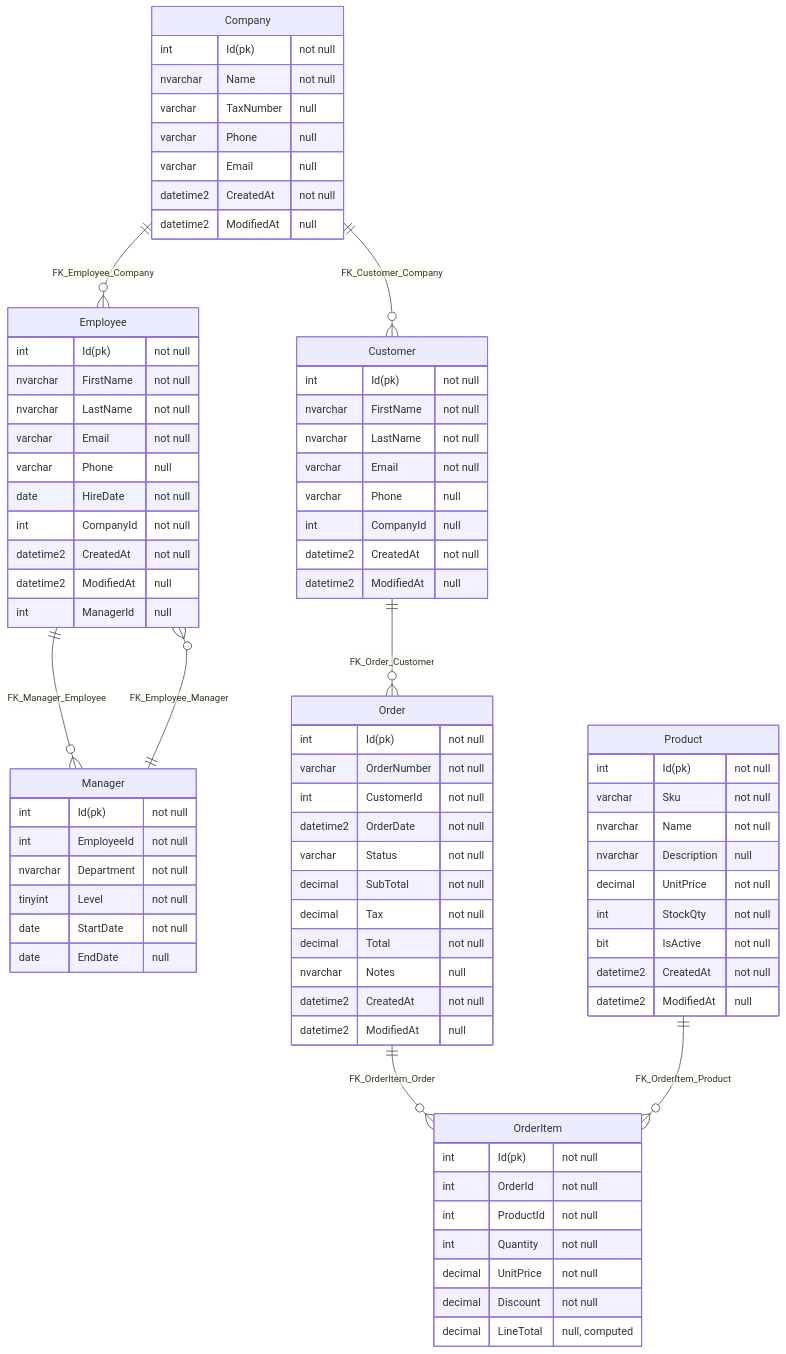
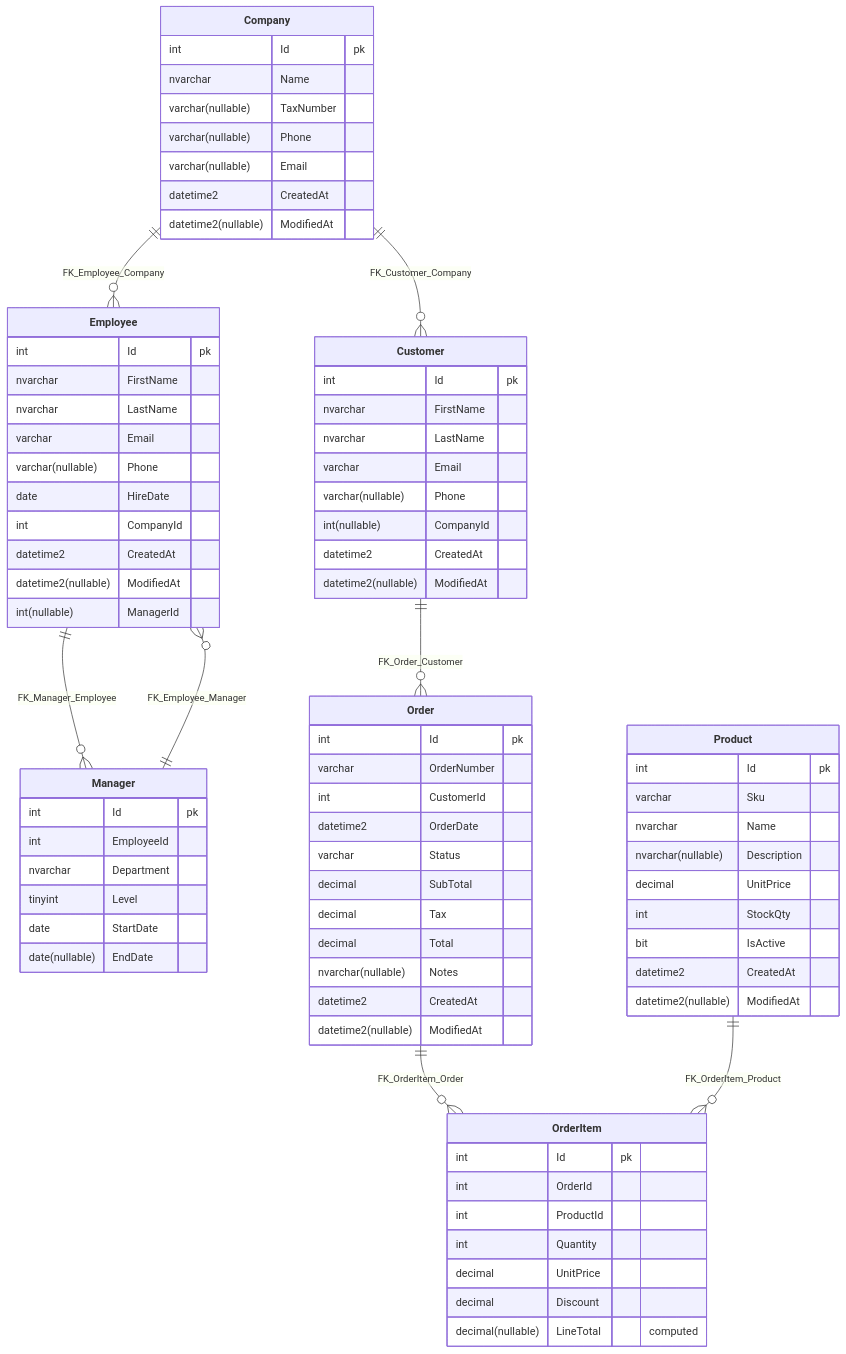
The diagram in src/SqlServerToMermaid.Tests/Tests.RenderMarkdown.verified.md (SimonCropp/DbToMermaid), drawn with Mermaid before and after one commit. The commit also changed 41 other files, not shown here.

````diff
--- a/src/SqlServerToMermaid.Tests/Tests.RenderMarkdown.verified.md
+++ b/src/SqlServerToMermaid.Tests/Tests.RenderMarkdown.verified.md
@@ -2,82 +2,82 @@
 ```mermaid
 erDiagram
-  Company {
-    int Id(pk) "not null"
-    nvarchar Name "not null"
-    varchar TaxNumber "null"
-    varchar Phone "null"
-    varchar Email "null"
-    datetime2 CreatedAt "not null"
-    datetime2 ModifiedAt "null"
+  Company["**Company**"] {
+    int Id pk
+    nvarchar Name
+    varchar(nullable) TaxNumber
+    varchar(nullable) Phone
+    varchar(nullable) Email
+    datetime2 CreatedAt
+    datetime2(nullable) ModifiedAt
   }
-  Customer {
-    int Id(pk) "not null"
-    nvarchar FirstName "not null"
-    nvarchar LastName "not null"
-    varchar Email "not null"
-    varchar Phone "null"
-    int CompanyId "null"
-    datetime2 CreatedAt "not null"
-    datetime2 ModifiedAt "null"
+  Customer["**Customer**"] {
+    int Id pk
+    nvarchar FirstName
+    nvarchar LastName
+    varchar Email
+    varchar(nullable) Phone
+    int(nullable) CompanyId
+    datetime2 CreatedAt
+    datetime2(nullable) ModifiedAt
   }
-  Employee {
-    int Id(pk) "not null"
-    nvarchar FirstName "not null"
-    nvarchar LastName "not null"
-    varchar Email "not null"
-    varchar Phone "null"
-    date HireDate "not null"
-    int CompanyId "not null"
-    datetime2 CreatedAt "not null"
-    datetime2 ModifiedAt "null"
-    int ManagerId "null"
+  Employee["**Employee**"] {
+    int Id pk
+    nvarchar FirstName
+    nvarchar LastName
+    varchar Email
+    varchar(nullable) Phone
+    date HireDate
+    int CompanyId
+    datetime2 CreatedAt
+    datetime2(nullable) ModifiedAt
+    int(nullable) ManagerId
   }
-  Manager {
-    int Id(pk) "not null"
-    int EmployeeId "not null"
-    nvarchar Department "not null"
-    tinyint Level "not null"
-    date StartDate "not null"
-    date EndDate "null"
+  Manager["**Manager**"] {
+    int Id pk
+    int EmployeeId
+    nvarchar Department
+    tinyint Level
+    date StartDate
+    date(nullable) EndDate
   }
-  Order {
-    int Id(pk) "not null"
-    varchar OrderNumber "not null"
-    int CustomerId "not null"
-    datetime2 OrderDate "not null"
-    varchar Status "not null"
-    decimal SubTotal "not null"
-    decimal Tax "not null"
-    decimal Total "not null"
-    nvarchar Notes "null"
-    datetime2 CreatedAt "not null"
-    datetime2 ModifiedAt "null"
+  Order["**Order**"] {
+    int Id pk
+    varchar OrderNumber
+    int CustomerId
+    datetime2 OrderDate
+    varchar Status
+    decimal SubTotal
+    decimal Tax
+    decimal Total
+    nvarchar(nullable) Notes
+    datetime2 CreatedAt
+    datetime2(nullable) ModifiedAt
   }
-  OrderItem {
-    int Id(pk) "not null"
-    int OrderId "not null"
-    int ProductId "not null"
-    int Quantity "not null"
-    decimal UnitPrice "not null"
-    decimal Discount "not null"
-    decimal LineTotal "null, computed"
+  OrderItem["**OrderItem**"] {
+    int Id pk
+    int OrderId
+    int ProductId
+    int Quantity
+    decimal UnitPrice
+    decimal Discount
+    decimal(nullable) LineTotal "computed"
   }
-  Product {
-    int Id(pk) "not null"
-    varchar Sku "not null"
-    nvarchar Name "not null"
-    nvarchar Description "null"
-    decimal UnitPrice "not null"
-    int StockQty "not null"
-    bit IsActive "not null"
-    datetime2 CreatedAt "not null"
-    datetime2 ModifiedAt "null"
+  Product["**Product**"] {
+    int Id pk
+    varchar Sku
+    nvarchar Name
+    nvarchar(nullable) Description
+    decimal UnitPrice
+    int StockQty
+    bit IsActive
+    datetime2 CreatedAt
+    datetime2(nullable) ModifiedAt
   }
   Company ||--o{ Customer : "FK_Customer_Company"
   Company ||--o{ Employee : "FK_Employee_Company"
   Customer ||--o{ Order : "FK_Order_Customer"
   Employee ||--o{ Manager : "FK_Manager_Employee"
   Manager ||--o{ Employee : "FK_Employee_Manager"
   Order ||--o{ OrderItem : "FK_OrderItem_Order"
   Product ||--o{ OrderItem : "FK_OrderItem_Product"
 ```
````
